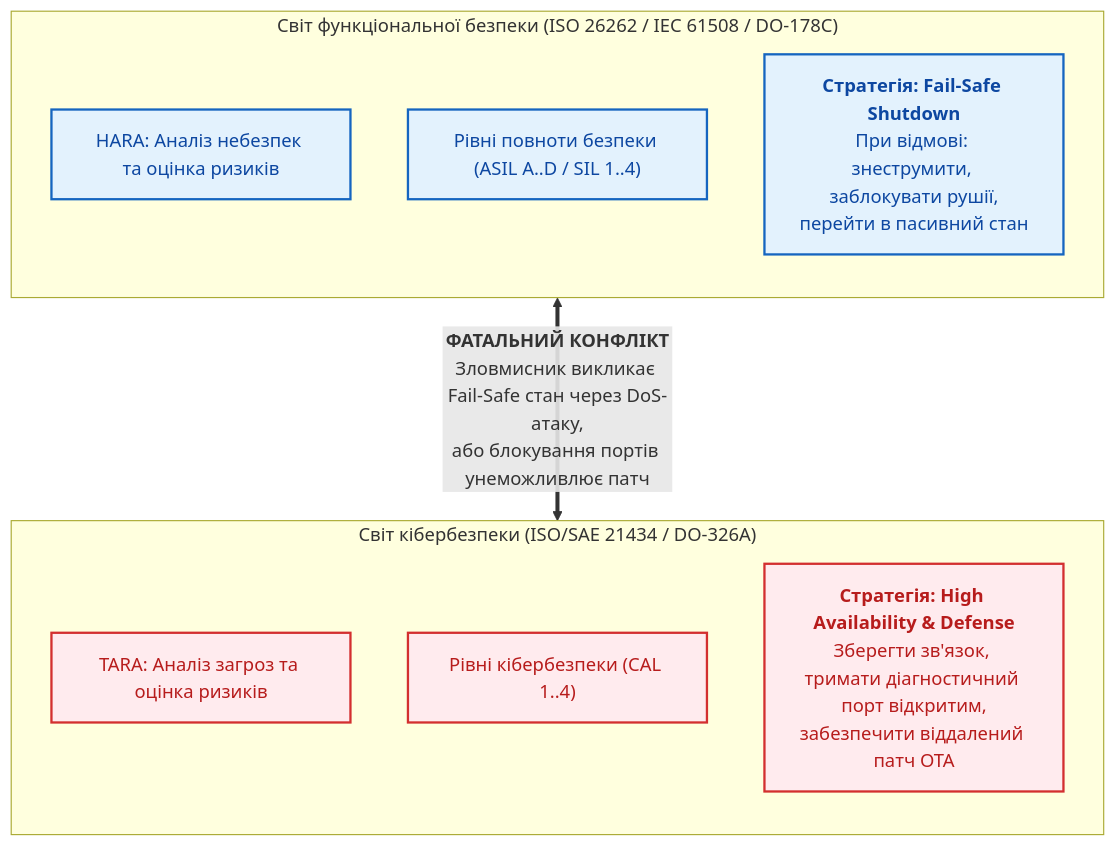
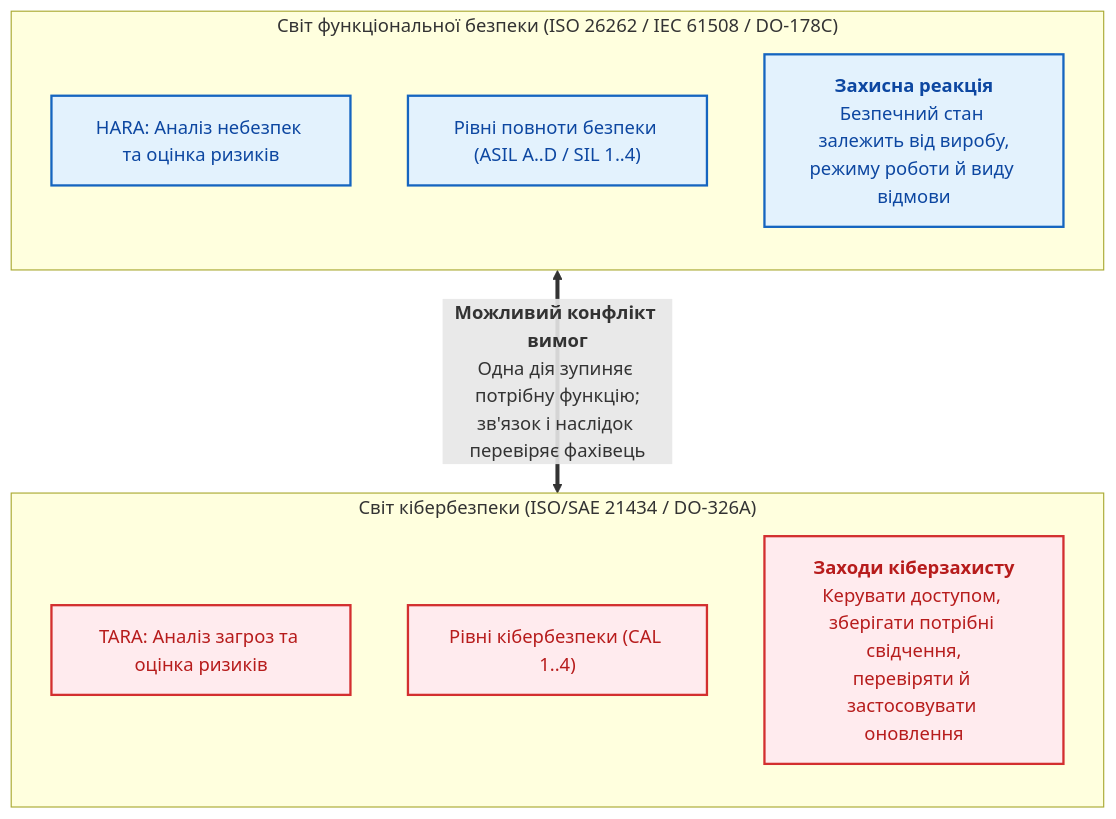
Before and after one commit to nick-fedchik/articles: the first of 4 diagrams in ExpertSystem/ch30-safety-cybersecurity-co-engineering.md, drawn with Mermaid. The commit also changed other lines of this file and 20 other files, not shown here.

````diff
--- a/ExpertSystem/ch30-safety-cybersecurity-co-engineering.md
+++ b/ExpertSystem/ch30-safety-cybersecurity-co-engineering.md
@@ -27,27 +27,27 @@
 ```mermaid
 flowchart TD
     accTitle: Проблема розриву між функціональною безпекою та кібербезпекою
     accDescr: Несумісність цілей безпеки та кіберзахисту в автономних системах.
 
     subgraph SafetyWorld["Світ функціональної безпеки (ISO 26262 / IEC 61508 / DO-178C)"]
         direction TB
         HARA["HARA: Аналіз небезпек та оцінка ризиків"]
         ASIL["Рівні повноти безпеки (ASIL A..D / SIL 1..4)"]
-        FS["<b>Стратегія: Fail-Safe Shutdown</b><br/>При відмові: знеструмити, заблокувати рушії,<br/>перейти в пасивний стан"]
+        FS["<b>Захисна реакція</b><br/>Безпечний стан залежить від виробу,<br/>режиму роботи й виду відмови"]
     end
 
     subgraph SecurityWorld["Світ кібербезпеки (ISO/SAE 21434 / DO-326A)"]
         direction TB
         TARA["TARA: Аналіз загроз та оцінка ризиків"]
         CAL["Рівні кібербезпеки (CAL 1..4)"]
-        SEC["<b>Стратегія: High Availability & Defense</b><br/>Зберегти зв'язок, тримати діагностичний порт відкритим,<br/>забезпечити віддалений патч OTA"]
+        SEC["<b>Заходи кіберзахисту</b><br/>Керувати доступом, зберігати потрібні свідчення,<br/>перевіряти й застосовувати оновлення"]
     end
 
-    FS <== "<b>ФАТАЛЬНИЙ КОНФЛІКТ</b><br/>Зловмисник викликає Fail-Safe стан через DoS-атаку,<br/>або блокування портів унеможливлює патч" ==> SEC
+    FS <== "<b>Можливий конфлікт вимог</b><br/>Одна дія зупиняє потрібну функцію;<br/>зв'язок і наслідок перевіряє фахівець" ==> SEC
 
     classDef safety fill:#e3f2fd,stroke:#1565c0,stroke-width:2px,color:#0d47a1;
     classDef security fill:#ffebee,stroke:#d32f2f,stroke-width:2px,color:#b71c1c;
 
     class HARA,ASIL,FS safety;
     class TARA,CAL,SEC security;
 ```
````
